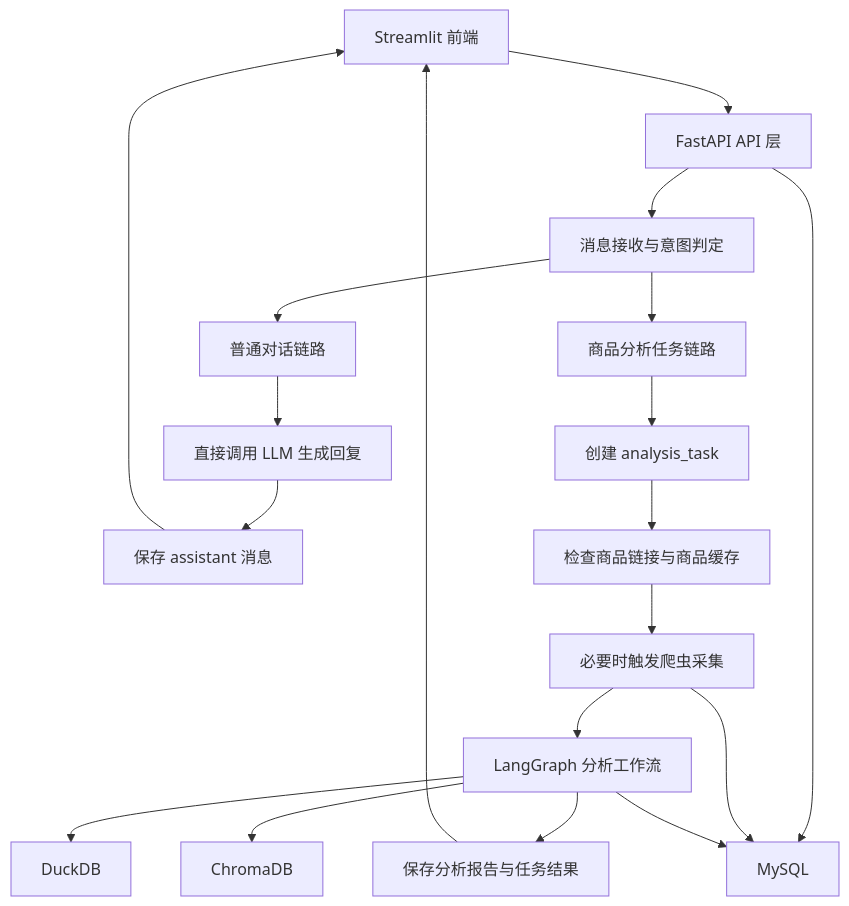
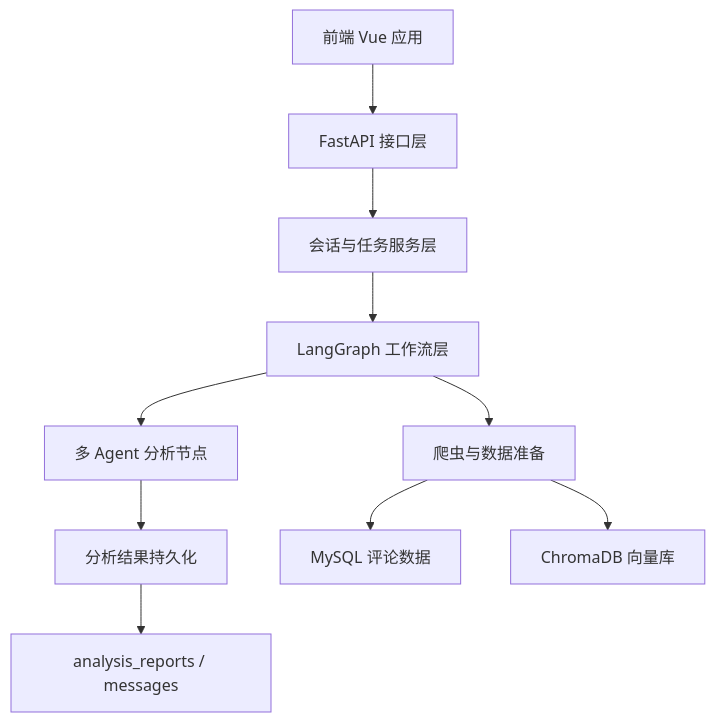
One commit to AliKEATON/MA-ESAS changed the first of 5 diagrams in docs/2.系统整体架构图.md. Above: the diagram before and after it, drawn with Mermaid. The commit also changed other lines of this file and 99 other files, not shown here.

````diff
--- a/docs/2.系统整体架构图.md
+++ b/docs/2.系统整体架构图.md
@@ -15,24 +34,12 @@
 ```mermaid
 flowchart TD
-    A["Streamlit 前端"] --> B["FastAPI API 层"]
-    B --> C["消息接收与意图判定"]
-    C --> D["普通对话链路"]
-    C --> E["商品分析任务链路"]
-
-    D --> D1["直接调用 LLM 生成回复"]
-    D1 --> D2["保存 assistant 消息"]
-    D2 --> A
-
-    E --> E1["创建 analysis_task"]
-    E1 --> E2["检查商品链接与商品缓存"]
-    E2 --> E3["必要时触发爬虫采集"]
-    E3 --> E4["LangGraph 分析工作流"]
-    E4 --> E5["保存分析报告与任务结果"]
-    E5 --> A
-
-    B --> F["MySQL"]
-    E4 --> G["DuckDB"]
-    E4 --> H["ChromaDB"]
-    E3 --> F
-    E4 --> F
+    A["前端 Vue 应用"] --> B["FastAPI 接口层"]
+    B --> C["会话与任务服务层"]
+    C --> D["LangGraph 工作流层"]
+    D --> E["多 Agent 分析节点"]
+    D --> F["爬虫与数据准备"]
+    E --> G["分析结果持久化"]
+    F --> H["MySQL 评论数据"]
+    F --> I["ChromaDB 向量库"]
+    G --> J["analysis_reports / messages"]
 ```
````
